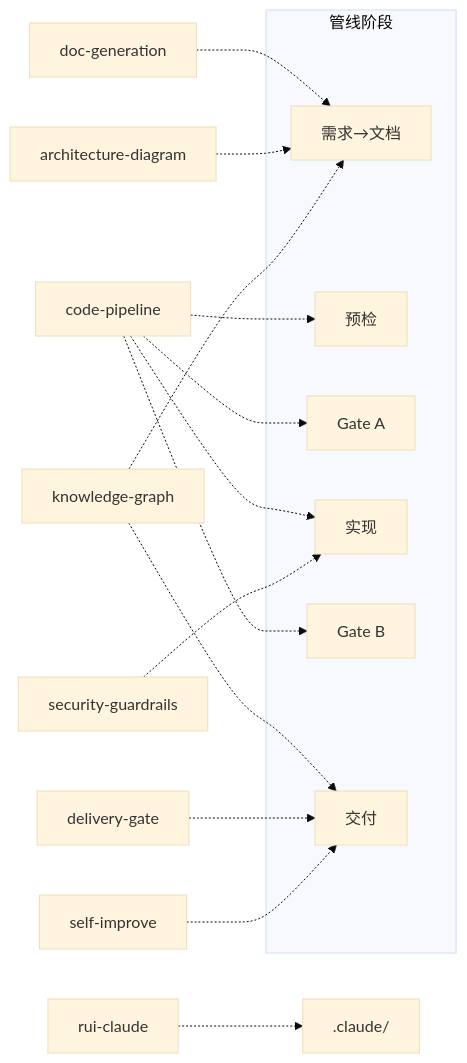
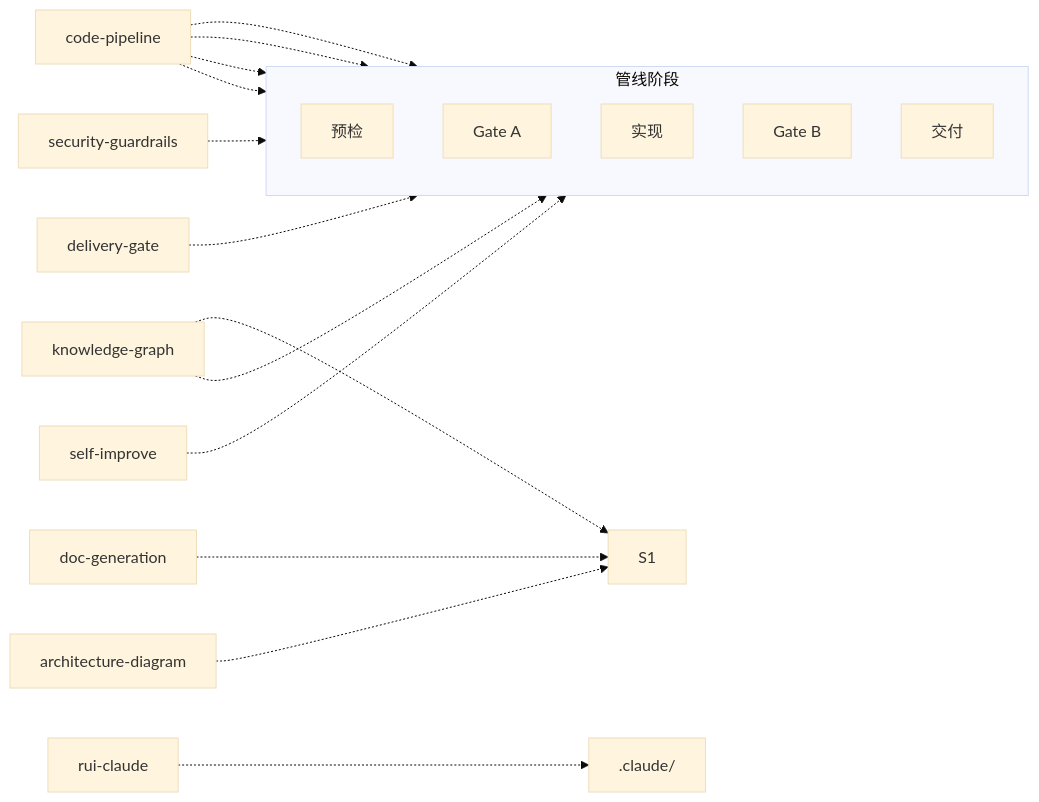
Before and after one commit to effiy/YrY: the fifth of 6 diagrams in README.md, drawn with Mermaid (base theme). The commit also changed other lines of this file and 42 other files, not shown here.

First line of the commit message:
feat: apply Mermaid authoring rules (M1-M12) across entire codebase

````diff
--- a/README.md
+++ b/README.md
@@ -161,20 +173,21 @@
 ```mermaid
 flowchart LR
     subgraph 管线阶段
-        S1[需求→文档]
+        direction TB
         S2[预检]
         S3[Gate A]
         S4[实现]
         S5[Gate B]
         S6[交付]
     end
 
     CP[code-pipeline] -.-> S2 & S3 & S4 & S5
     DOC[doc-generation] -.-> S1
     AD[architecture-diagram] -.-> S1
     KG[knowledge-graph] -.-> S1 & S6
     SG[security-guardrails] -.-> S4
     DG[delivery-gate] -.-> S6
     SI[self-improve] -.-> S6
     RC[rui-claude] -.-> .claude/
+
 ```
````
